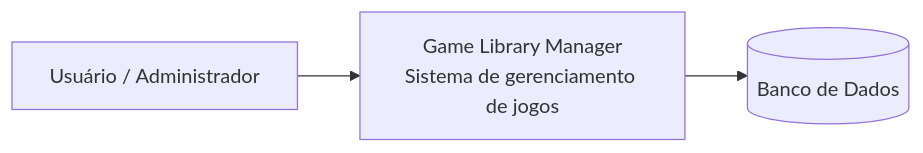
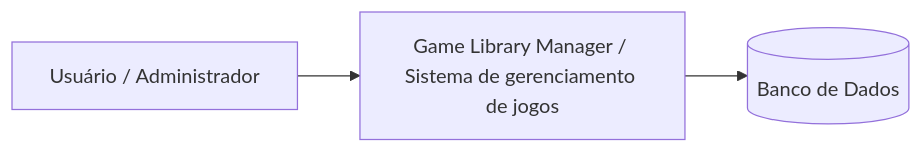
Before and after one commit to YuriDavid1/Game-Library-Manager---Projeto-Acad-mico: the first of 3 diagrams in README.md, drawn with Mermaid. The commit also changed other lines of this file, not shown here.

````diff
--- a/README.md
+++ b/README.md
@@ -167,12 +167,12 @@
 ```mermaid
 flowchart LR
 
 User[Usuário / Administrador]
 
-System[Game Library Manager\nSistema de gerenciamento de jogos]
+System[Game Library Manager / Sistema de gerenciamento de jogos]
 
 Database[(Banco de Dados)]
 
 User --> System
 System --> Database
 ```
````
